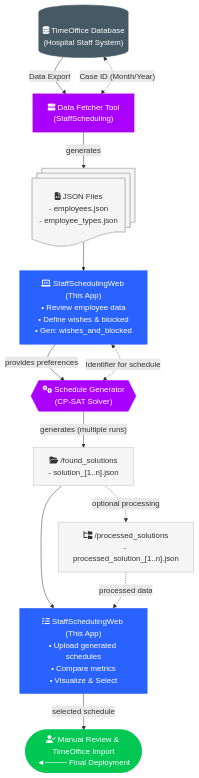
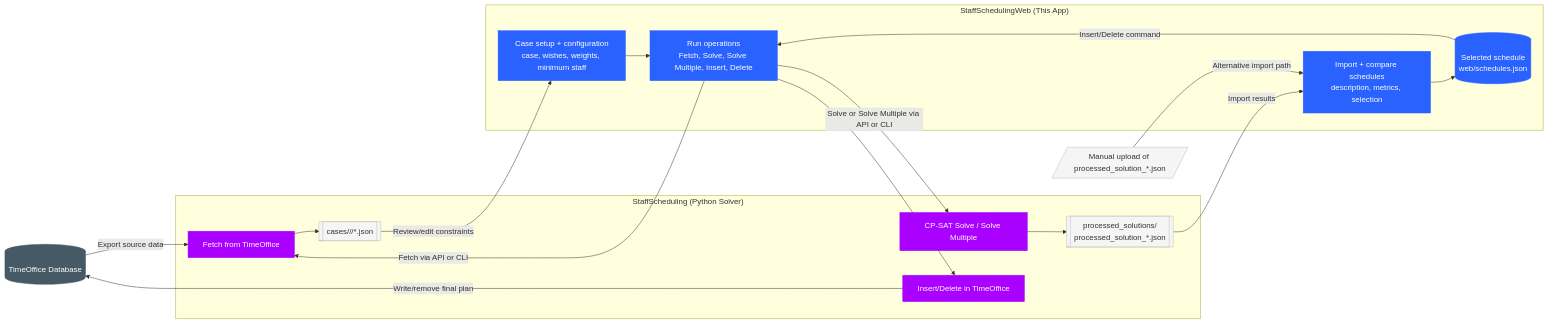
One commit to Julian466/StaffSchedulingWeb changed the diagram in docs/content/user-guide.mdx. Above: the diagram before and after it, drawn with Mermaid.

Commit message:
docs: update user guide flowchart to improve clarity and structure

````diff
--- a/docs/content/user-guide.mdx
+++ b/docs/content/user-guide.mdx
@@ -125,51 +125,51 @@
 ```mermaid
-flowchart TD
-    %% Nodes mit FontAwesome Icons und breit unterstützten Shapes
-    A("fa:fa-database TimeOffice Database<br/>(Hospital Staff System)")@{ shape: cyl }
-    B("fa:fa-server Data Fetcher Tool<br/>(StaffScheduling)")@{ shape: process }
-    C("fa:fa-file-code JSON Files<br/>- employees.json<br/>- employee_types.json")@{ shape: docs }
-    D("fa:fa-laptop-code StaffSchedulingWeb (This App)<br/>• Review employee data<br/>• Define wishes & blocked<br/>• Gen: wishes_and_blocked")@{ shape: rect }
-    E("fa:fa-cogs Schedule Generator<br/>(CP-SAT Solver)")@{ shape: hexagon }
-    F("fa:fa-folder-open /found_solutions<br/>- solution_[1..n].json")@{ shape: rect }
-    I("fa:fa-folder-tree /processed_solutions<br/>- processed_solution_[1..n].json")@{ shape: rect }
-    G("fa:fa-list-check StaffSchedulingWeb (This App)<br/>• Upload generated schedules<br/>• Compare metrics<br/>• Visualize & Select")@{ shape: rect }
-    H("fa:fa-user-check Manual Review & TimeOffice Import<br/>◄──── Final Deployment")@{ shape: stadium }
+flowchart LR
+    %% --- Systems ---
+    A[(TimeOffice Database)]
 
-    %% Edge connections
-    A -->|"Data Export"| B
-    B <-.->|"Case ID (Month/Year)"| A
-    B -->|"generates"| C
-    C --> D
-    D -->|"provides preferences"| E
-    E <-.->|"Identifier for schedule"| D
-    E -->|"generates (multiple runs)"| F
+    subgraph WEB["StaffSchedulingWeb (This App)"]
+        G[Case setup + configuration\ncase, wishes, weights, minimum staff]
+        H[Run operations\nFetch, Solve, Solve Multiple, Insert, Delete]
+        I[Import + compare schedules\ndescription, metrics, selection]
+        J[(Selected schedule\nweb/schedules.json)]
+    end
 
-    %% Standard-Pfad
-    F --> G
+    subgraph SOLVER["StaffScheduling (Python Solver)"]
+        B[Fetch from TimeOffice]
+        C[[cases/<case>/<MM_YYYY>/*.json]]
+        D[CP-SAT Solve / Solve Multiple]
+        E[[processed_solutions/\nprocessed_solution_*.json]]
+        F[Insert/Delete in TimeOffice]
+    end
 
-    %% Ergänzung: Knoten 'I' als optionaler Verarbeitungsschritt
-    F -.->|"optional processing"| I
-    I -.->|"processed data"| G
+    K[/Manual upload of processed_solution_*.json/]
 
-    G -->|"selected schedule"| H
+    %% --- Main flow ---
+    A -->|Export source data| B
+    B --> C
+    C -->|Review/edit constraints| G
+    G --> H
+    H -->|Fetch via API or CLI| B
+    H -->|Solve or Solve Multiple via API or CLI| D
+    D --> E
+    E -->|Import results| I
+    K -->|Alternative import path| I
+    I --> J
+    J -->|Insert/Delete command| H
+    H --> F
+    F -->|Write/remove final plan| A
 
-    %% Styling (Kräftige Farben für gute Lesbarkeit)
-
-    %% Frontend (Web App) - Blau
-    style D color:#FFFFFF, fill:#2962FF, stroke:#2962FF
-    style G color:#FFFFFF, fill:#2962FF, stroke:#2962FF
-
-    %% Backend / Algorithmen - Lila
-    style B color:#FFFFFF, fill:#AA00FF, stroke:#AA00FF
-    style E color:#FFFFFF, fill:#AA00FF, stroke:#AA00FF
-
-    %% Datenbank & Finale Aktion - Dunkelgrau & Grün
-    style A color:#FFFFFF, fill:#455A64, stroke:#455A64
-    style H color:#FFFFFF, fill:#00C853, stroke:#00C853
-
-    %% Dateien / Ordner - Hellgrau für guten Kontrast
-    style C color:#333333, fill:#F5F5F5, stroke:#BDBDBD
-    style F color:#333333, fill:#F5F5F5, stroke:#BDBDBD
-    style I color:#333333, fill:#F5F5F5, stroke:#BDBDBD
+    %% --- Styling ---
+    style A fill:#455A64,color:#FFFFFF,stroke:#455A64
+    style G fill:#2962FF,color:#FFFFFF,stroke:#2962FF
+    style H fill:#2962FF,color:#FFFFFF,stroke:#2962FF
+    style I fill:#2962FF,color:#FFFFFF,stroke:#2962FF
+    style J fill:#2962FF,color:#FFFFFF,stroke:#2962FF
+    style B fill:#AA00FF,color:#FFFFFF,stroke:#AA00FF
+    style D fill:#AA00FF,color:#FFFFFF,stroke:#AA00FF
+    style F fill:#AA00FF,color:#FFFFFF,stroke:#AA00FF
+    style C fill:#F5F5F5,color:#333333,stroke:#BDBDBD
+    style E fill:#F5F5F5,color:#333333,stroke:#BDBDBD
+    style K fill:#F5F5F5,color:#333333,stroke:#BDBDBD
 
 ```
````
